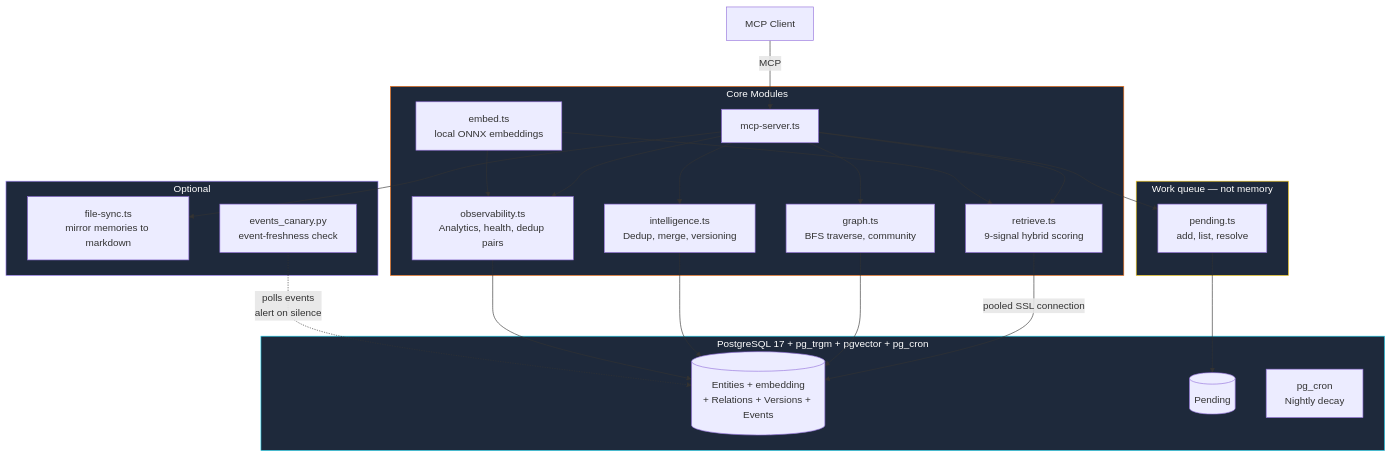
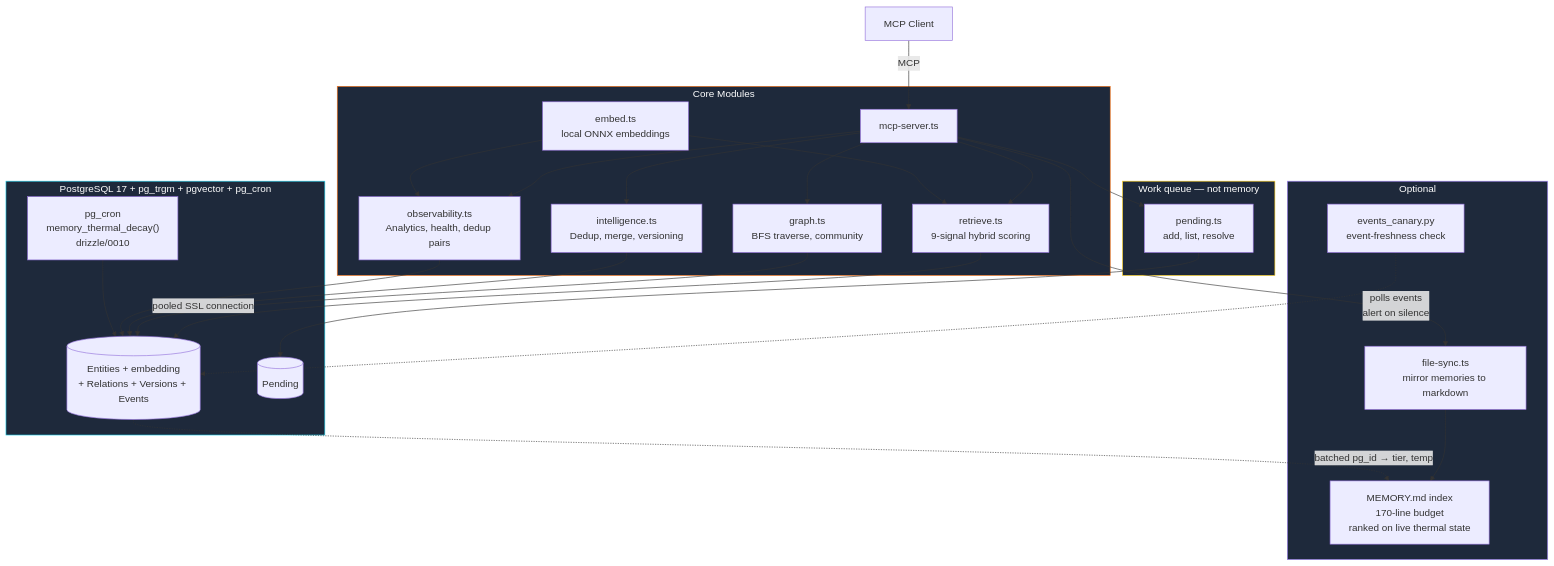
Before and after one commit to effecet/memory-persistor: the diagram in README.md, drawn with Mermaid. The commit also changed other lines of this file and 2 other files, not shown here.

Commit message:
[docs] fix: correct the decay-duplication claim, repair the README diagram, document the integration DB guard

````diff
--- a/README.md
+++ b/README.md
@@ -85,42 +85,46 @@
 ```mermaid
 graph TD
     CC[MCP Client] -->|MCP| SERVER[mcp-server.ts]
 
     subgraph Core["Core Modules"]
         SERVER --> RET[retrieve.ts<br/>9-signal hybrid scoring]
         SERVER --> GRP[graph.ts<br/>BFS traverse, community]
         SERVER --> INT[intelligence.ts<br/>Dedup, merge, versioning]
         SERVER --> OBS[observability.ts<br/>Analytics, health, dedup pairs]
         EMB[embed.ts<br/>local ONNX embeddings] --> RET
         EMB --> OBS
     end
 
     subgraph Queue["Work queue — not memory"]
         PEND[pending.ts<br/>add, list, resolve]
     end
 
     subgraph DB["PostgreSQL 17 + pg_trgm + pgvector + pg_cron"]
         PG[(Entities + embedding<br/>+ Relations + Versions + Events)]
         PQ[(Pending)]
-        CRON[pg_cron<br/>Nightly decay]
+        CRON["pg_cron<br/>memory_thermal_decay()<br/>drizzle/0010"]
     end
 
     subgraph Sync["Optional"]
         FS[file-sync.ts<br/>mirror memories to markdown]
+        IDX[MEMORY.md index<br/>170-line budget<br/>ranked on live thermal state]
         CAN[events_canary.py<br/>event-freshness check]
     end
 
     RET -->|pooled SSL connection| PG
     GRP --> PG
     INT --> PG
     OBS --> PG
     SERVER --> FS
+    FS --> IDX
+    PG -.->|batched pg_id &rarr; tier, temp| IDX
+    CRON --> PG
     SERVER --> PEND
     PEND --> PQ
     CAN -.->|polls events<br/>alert on silence| PG
 
     style Core fill:#1e293b,stroke:#f97316,color:#fff
     style Queue fill:#1e293b,stroke:#facc15,color:#fff
     style DB fill:#1e293b,stroke:#22d3ee,color:#fff
     style Sync fill:#1e293b,stroke:#a78bfa,color:#fff
 ```
````
